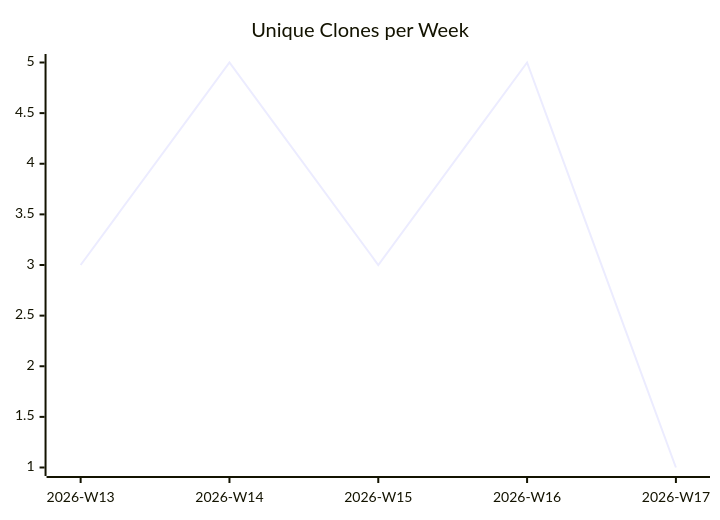
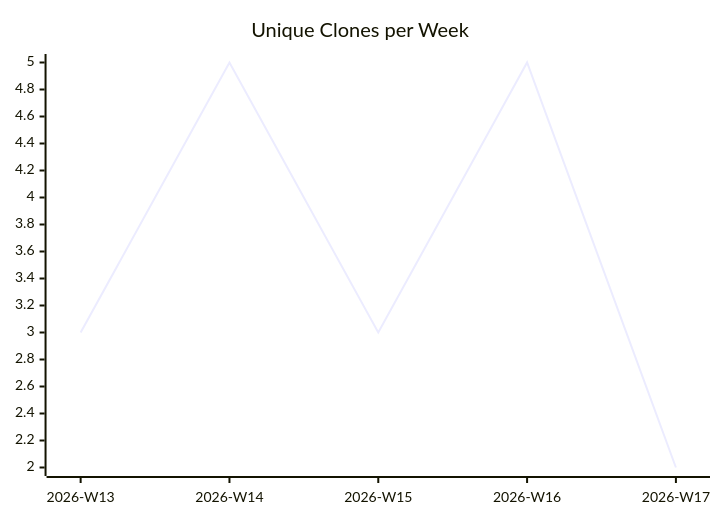
The third of 3 diagrams in karlmdavis/ansible-role-bind-dns/README.md (justdavis-family/github-analytics-data), drawn with Mermaid before and after one commit. The commit also changed other lines of this file and 197 other files, not shown here.

````diff
--- a/karlmdavis/ansible-role-bind-dns/README.md
+++ b/karlmdavis/ansible-role-bind-dns/README.md
@@ -19,6 +19,6 @@
 ```mermaid
 xychart-beta
   title "Unique Clones per Week"
   x-axis ["2026-W13", "2026-W14", "2026-W15", "2026-W16", "2026-W17"]
-  line [3, 5, 3, 5, 1]
+  line [3, 5, 3, 5, 2]
 ```
````
